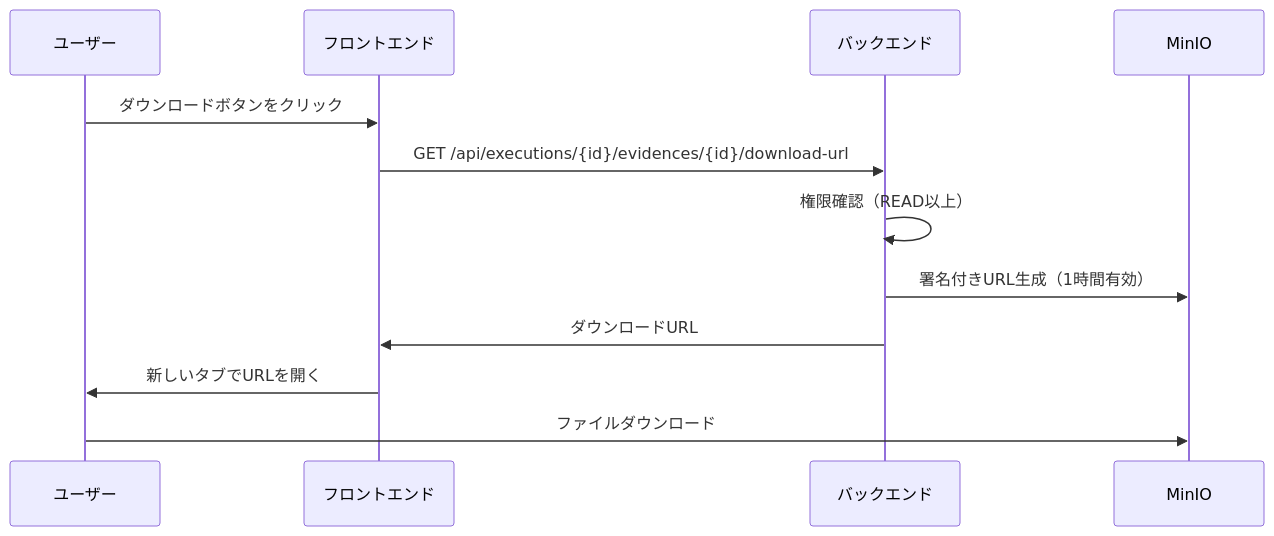
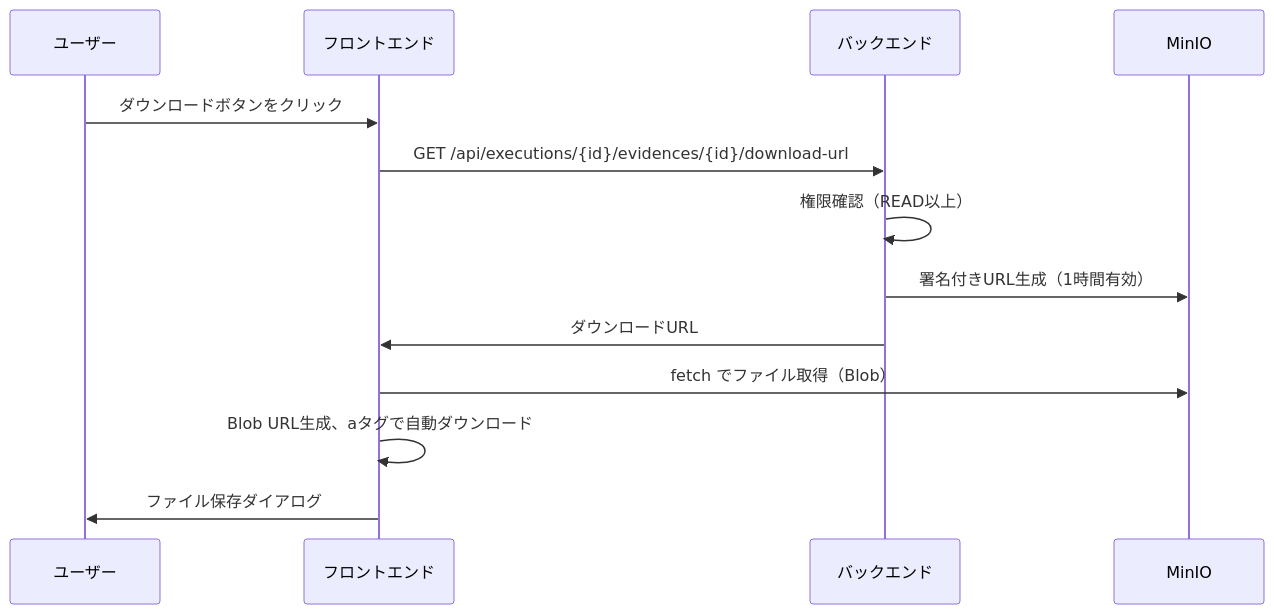
One commit to tsutsumi389/agentest changed the fifth of 6 diagrams in docs/architecture/features/test-execution.md. Above: the diagram before and after it, drawn with Mermaid. The commit also changed other lines of this file and 7 other files, not shown here.

````diff
--- a/docs/architecture/features/test-execution.md
+++ b/docs/architecture/features/test-execution.md
@@ -280,15 +287,16 @@
 ```mermaid
 sequenceDiagram
     participant U as ユーザー
     participant F as フロントエンド
     participant B as バックエンド
     participant S as MinIO
 
     U->>F: ダウンロードボタンをクリック
     F->>B: GET /api/executions/{id}/evidences/{id}/download-url
     B->>B: 権限確認（READ以上）
     B->>S: 署名付きURL生成（1時間有効）
     B->>F: ダウンロードURL
-    F->>U: 新しいタブでURLを開く
-    U->>S: ファイルダウンロード
+    F->>S: fetch でファイル取得（Blob）
+    F->>F: Blob URL生成、aタグで自動ダウンロード
+    F->>U: ファイル保存ダイアログ
 ```
````
